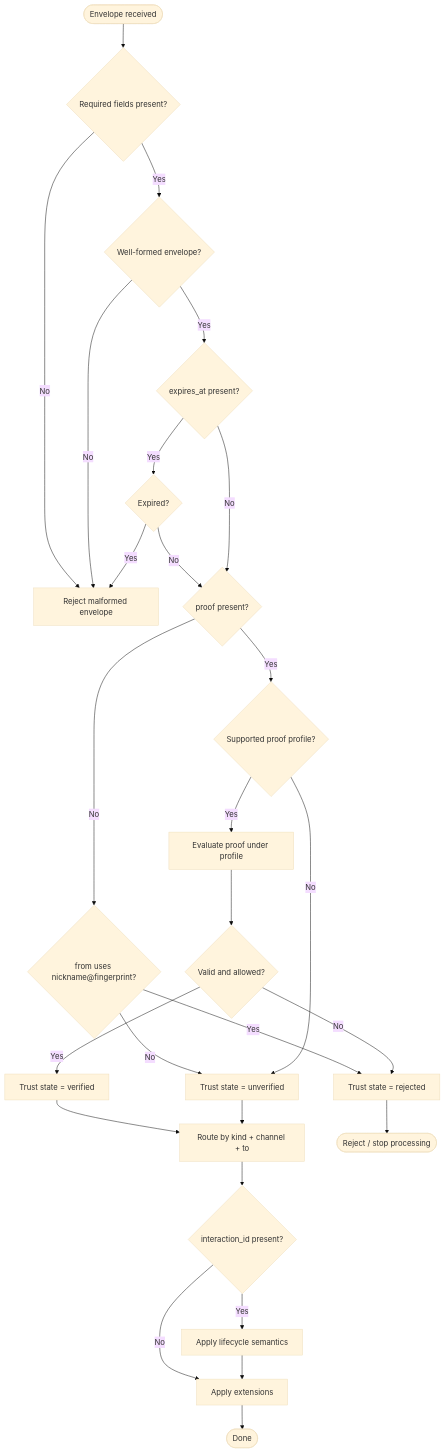
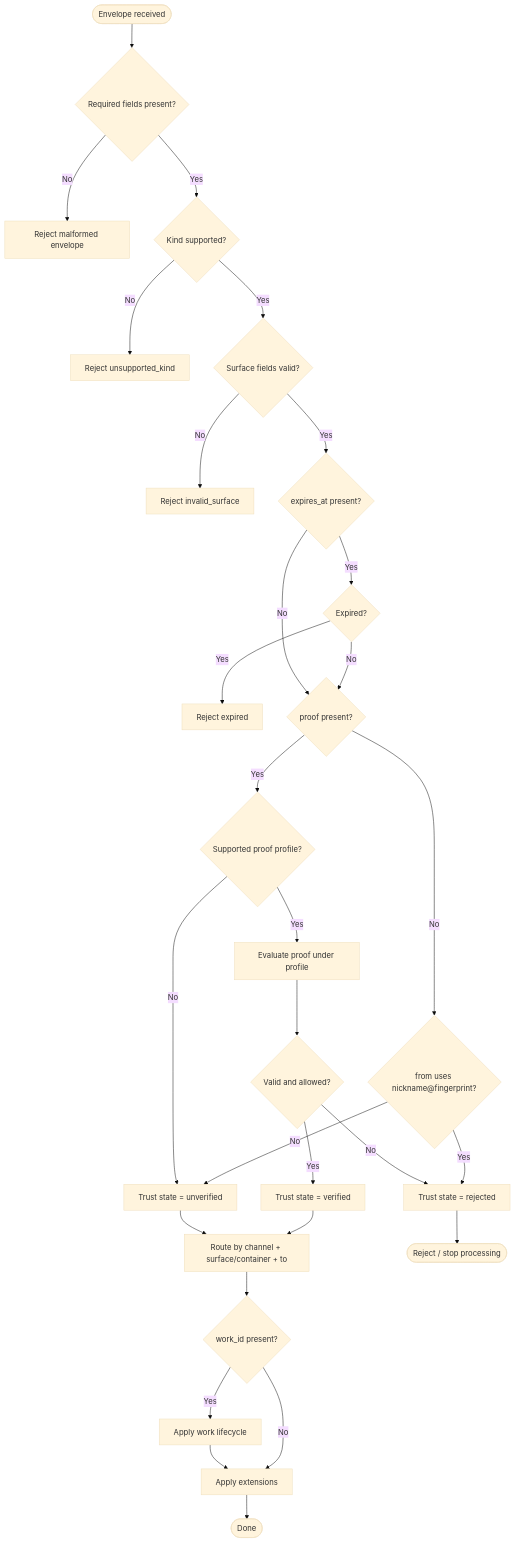
Before and after one commit to compozy/agh: the first of 2 diagrams in docs/rfcs/004_agh-network-v1.md, drawn with Mermaid (base theme). The commit also changed other lines of this file and 3 other files, not shown here.

````diff
--- a/docs/rfcs/004_agh-network-v1.md
+++ b/docs/rfcs/004_agh-network-v1.md
@@ -110,33 +123,35 @@
 ```mermaid
 flowchart TD
     Recv([Envelope received]) --> V1{Required fields present?}
     V1 -->|No| Reject[Reject malformed envelope]
-    V1 -->|Yes| V2{Well-formed envelope?}
-    V2 -->|No| Reject
-    V2 -->|Yes| Exp{expires_at present?}
+    V1 -->|Yes| V2{Kind supported?}
+    V2 -->|No| RejectKind[Reject unsupported_kind]
+    V2 -->|Yes| V3{Surface fields valid?}
+    V3 -->|No| RejectSurface[Reject invalid_surface]
+    V3 -->|Yes| Exp{expires_at present?}
 
     Exp -->|Yes| ExpCheck{Expired?}
-    ExpCheck -->|Yes| Reject
+    ExpCheck -->|Yes| RejectExpired[Reject expired]
     ExpCheck -->|No| Proof
     Exp -->|No| Proof{proof present?}
 
     Proof -->|No| FromCheck{from uses nickname@fingerprint?}
     FromCheck -->|Yes| Rejected[Trust state = rejected]
     FromCheck -->|No| Unverified[Trust state = unverified]
     Proof -->|Yes| Profile{Supported proof profile?}
     Profile -->|No| Unverified
     Profile -->|Yes| TrustEval[Evaluate proof under profile]
     TrustEval --> TrustOk{Valid and allowed?}
     TrustOk -->|Yes| Verified[Trust state = verified]
     TrustOk -->|No| Rejected
 
-    Verified --> Route[Route by kind + channel + to]
+    Verified --> Route[Route by channel + surface/container + to]
     Unverified --> Route
     Rejected --> Stop([Reject / stop processing])
 
-    Route --> LC{interaction_id present?}
-    LC -->|Yes| ApplyLC[Apply lifecycle semantics]
+    Route --> LC{work_id present?}
+    LC -->|Yes| ApplyLC[Apply work lifecycle]
     LC -->|No| Ext[Apply extensions]
     ApplyLC --> Ext
     Ext --> Done([Done])
 ```
````
